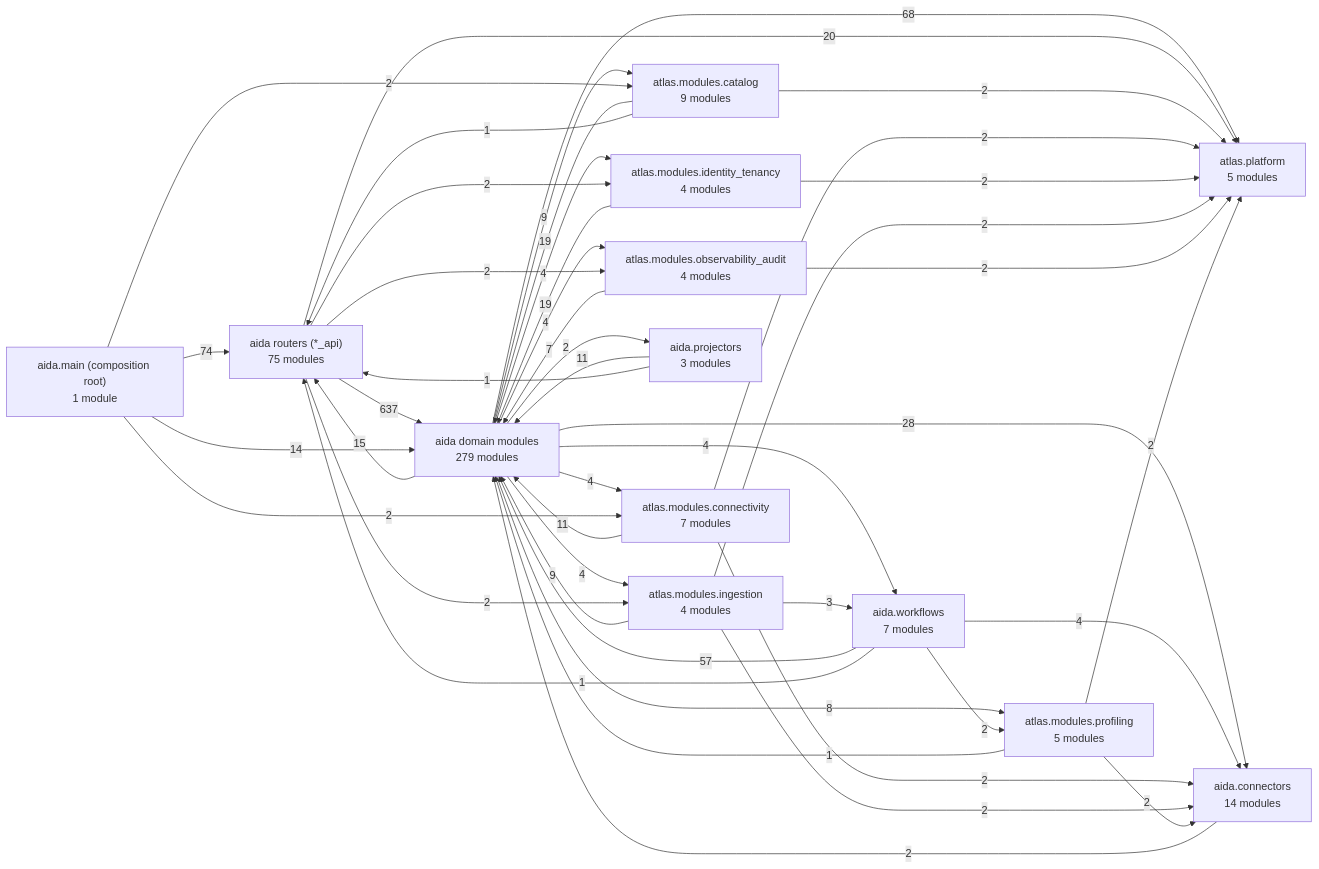
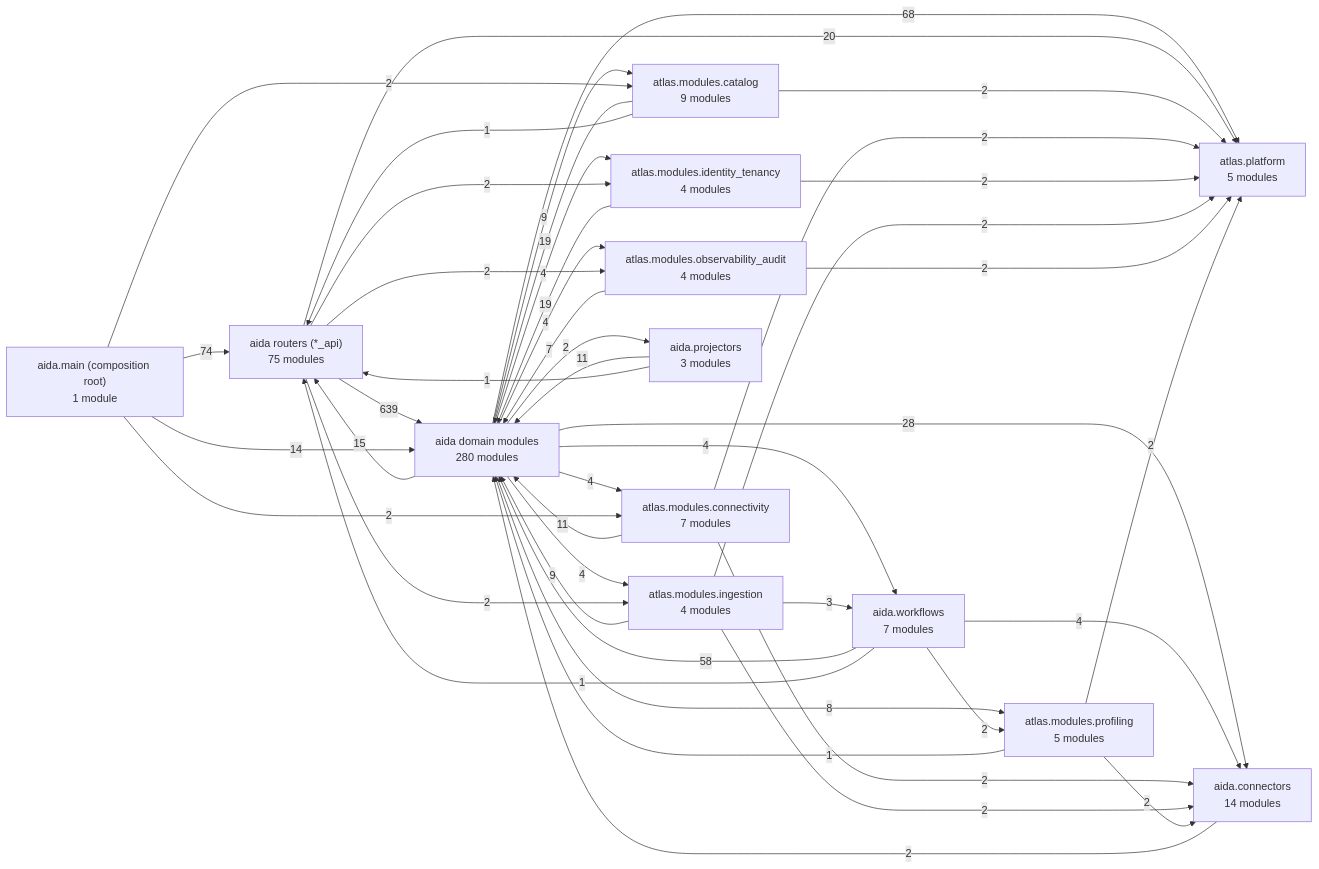
The first of 3 diagrams in Docs/10-architecture/14-generated-architecture-map.md (karuppusamym/AIDataAnalyst), drawn with Mermaid before and after one commit. The commit also changed other lines of this file and 188 other files, not shown here.

````diff
--- a/Docs/10-architecture/14-generated-architecture-map.md
+++ b/Docs/10-architecture/14-generated-architecture-map.md
@@ -48,60 +48,60 @@
 ```mermaid
 graph LR
   app["aida.main (composition root)<br/>1 module"]
   routers["aida routers (*_api)<br/>75 modules"]
-  domain["aida domain modules<br/>279 modules"]
+  domain["aida domain modules<br/>280 modules"]
   ctx_catalog["atlas.modules.catalog<br/>9 modules"]
   ctx_connectivity["atlas.modules.connectivity<br/>7 modules"]
   ctx_identity_tenancy["atlas.modules.identity_tenancy<br/>4 modules"]
   ctx_ingestion["atlas.modules.ingestion<br/>4 modules"]
   ctx_observability_audit["atlas.modules.observability_audit<br/>4 modules"]
   ctx_profiling["atlas.modules.profiling<br/>5 modules"]
   connectors["aida.connectors<br/>14 modules"]
   workflows["aida.workflows<br/>7 modules"]
   projectors["aida.projectors<br/>3 modules"]
   platform["atlas.platform<br/>5 modules"]
-  routers -->|637| domain
+  routers -->|639| domain
   app -->|74| routers
   domain -->|68| platform
-  workflows -->|57| domain
+  workflows -->|58| domain
   domain -->|28| connectors
   routers -->|20| platform
   ctx_catalog -->|19| domain
   ctx_identity_tenancy -->|19| domain
   domain -->|15| routers
   app -->|14| domain
   ctx_connectivity -->|11| domain
   projectors -->|11| domain
   ctx_ingestion -->|9| domain
   domain -->|9| ctx_catalog
   domain -->|8| ctx_profiling
   ctx_observability_audit -->|7| domain
   domain -->|4| ctx_connectivity
   domain -->|4| ctx_identity_tenancy
   domain -->|4| ctx_ingestion
   domain -->|4| ctx_observability_audit
   domain -->|4| workflows
   workflows -->|4| connectors
   ctx_ingestion -->|3| workflows
   app -->|2| ctx_catalog
   app -->|2| ctx_connectivity
   connectors -->|2| domain
   ctx_catalog -->|2| platform
   ctx_connectivity -->|2| connectors
   ctx_connectivity -->|2| platform
   ctx_identity_tenancy -->|2| platform
   ctx_ingestion -->|2| connectors
   ctx_ingestion -->|2| platform
   ctx_observability_audit -->|2| platform
   ctx_profiling -->|2| connectors
   ctx_profiling -->|2| platform
   domain -->|2| projectors
   routers -->|2| ctx_identity_tenancy
   routers -->|2| ctx_ingestion
   routers -->|2| ctx_observability_audit
   workflows -->|2| ctx_profiling
   ctx_catalog -->|1| routers
   ctx_profiling -->|1| domain
   projectors -->|1| routers
   workflows -->|1| routers
 ```
````
